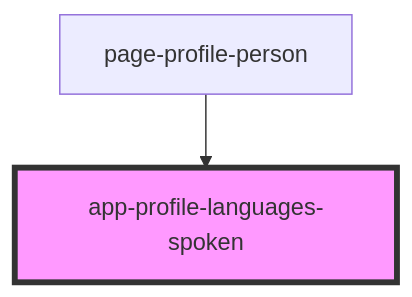
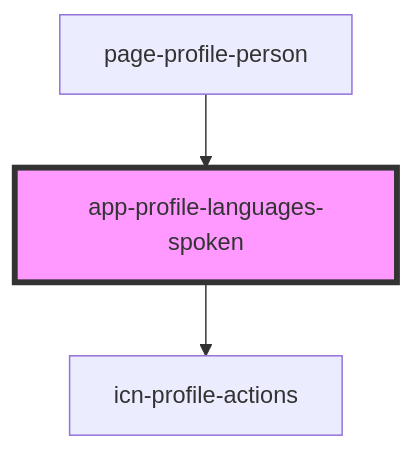
The diagram in iconeventnetwork-web/src/components/app-profile-languages-spoken/readme.md (lokheed/IconEventNetwork.Web), drawn with Mermaid before and after one commit. The commit also changed other lines of this file and 37 other files, not shown here.

Commit message:
refactor profile edit/delete actions

````diff
--- a/iconeventnetwork-web/src/components/app-profile-languages-spoken/readme.md
+++ b/iconeventnetwork-web/src/components/app-profile-languages-spoken/readme.md
@@ -24,5 +28,6 @@
 ```mermaid
 graph TD;
+  app-profile-languages-spoken --> icn-profile-actions
   page-profile-person --> app-profile-languages-spoken
   style app-profile-languages-spoken fill:#f9f,stroke:#333,stroke-width:4px
 ```
````
